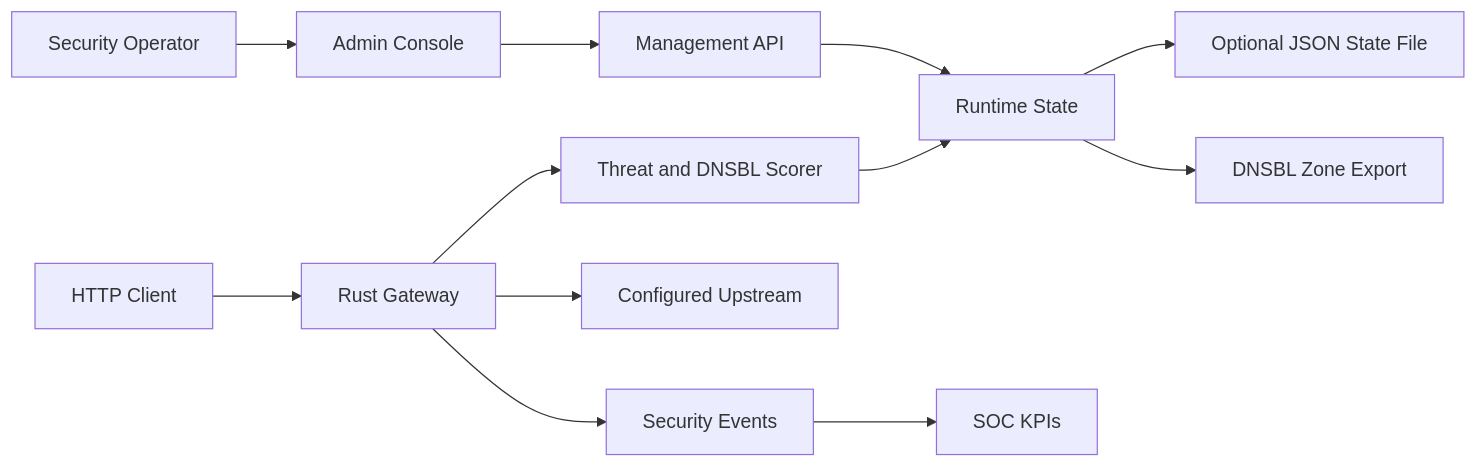
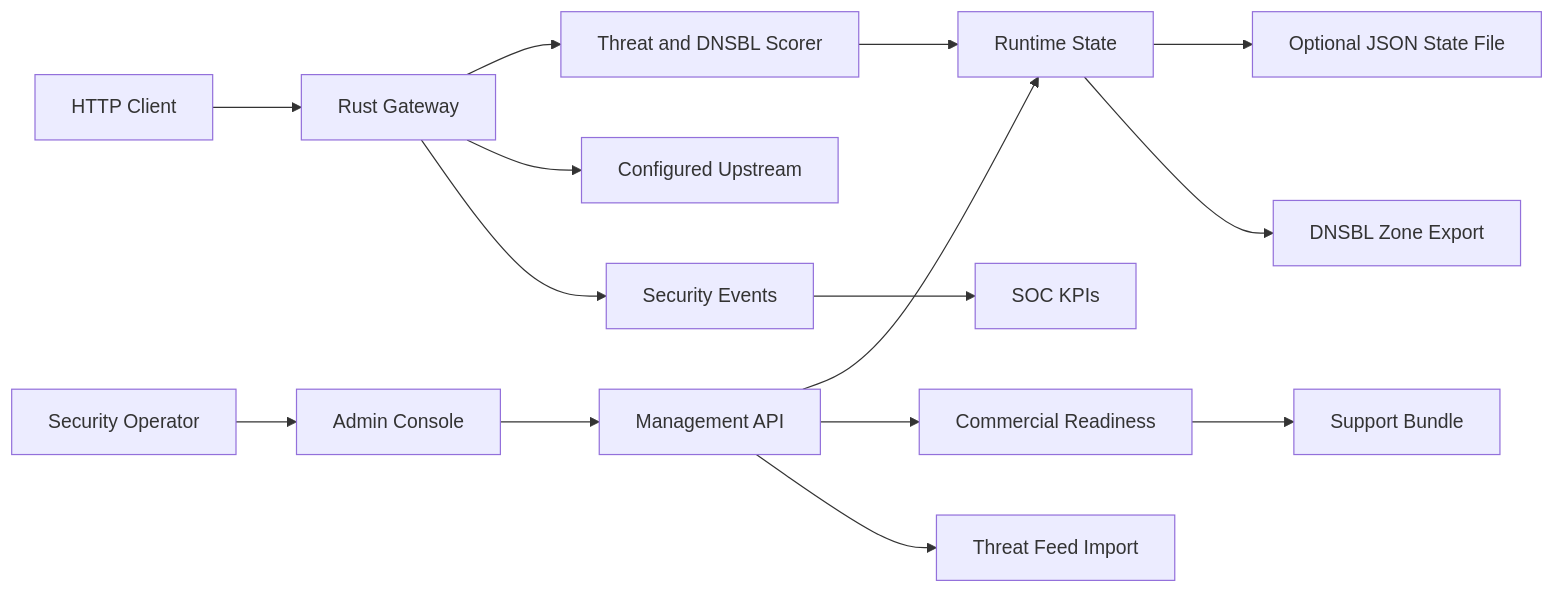
One commit to ContextualWisdomLab/waf-ids-ai-soc changed the diagram in docs/architecture.md. Above: the diagram before and after it, drawn with Mermaid. The commit also changed other lines of this file and 20 other files, not shown here.

Commit message:
Add commercial sale readiness baseline

````diff
--- a/docs/architecture.md
+++ b/docs/architecture.md
@@ -5,14 +5,17 @@
 ```mermaid
 flowchart LR
   operator["Security Operator"] --> admin["Admin Console"]
   admin --> api["Management API"]
   api --> state["Runtime State"]
   state --> file["Optional JSON State File"]
   client["HTTP Client"] --> gateway["Rust Gateway"]
   gateway --> scorer["Threat and DNSBL Scorer"]
   scorer --> state
   gateway --> upstream["Configured Upstream"]
   gateway --> events["Security Events"]
   events --> kpis["SOC KPIs"]
   state --> zone["DNSBL Zone Export"]
+  api --> commercial["Commercial Readiness"]
+  api --> feeds["Threat Feed Import"]
+  commercial --> bundle["Support Bundle"]
 ```
````
